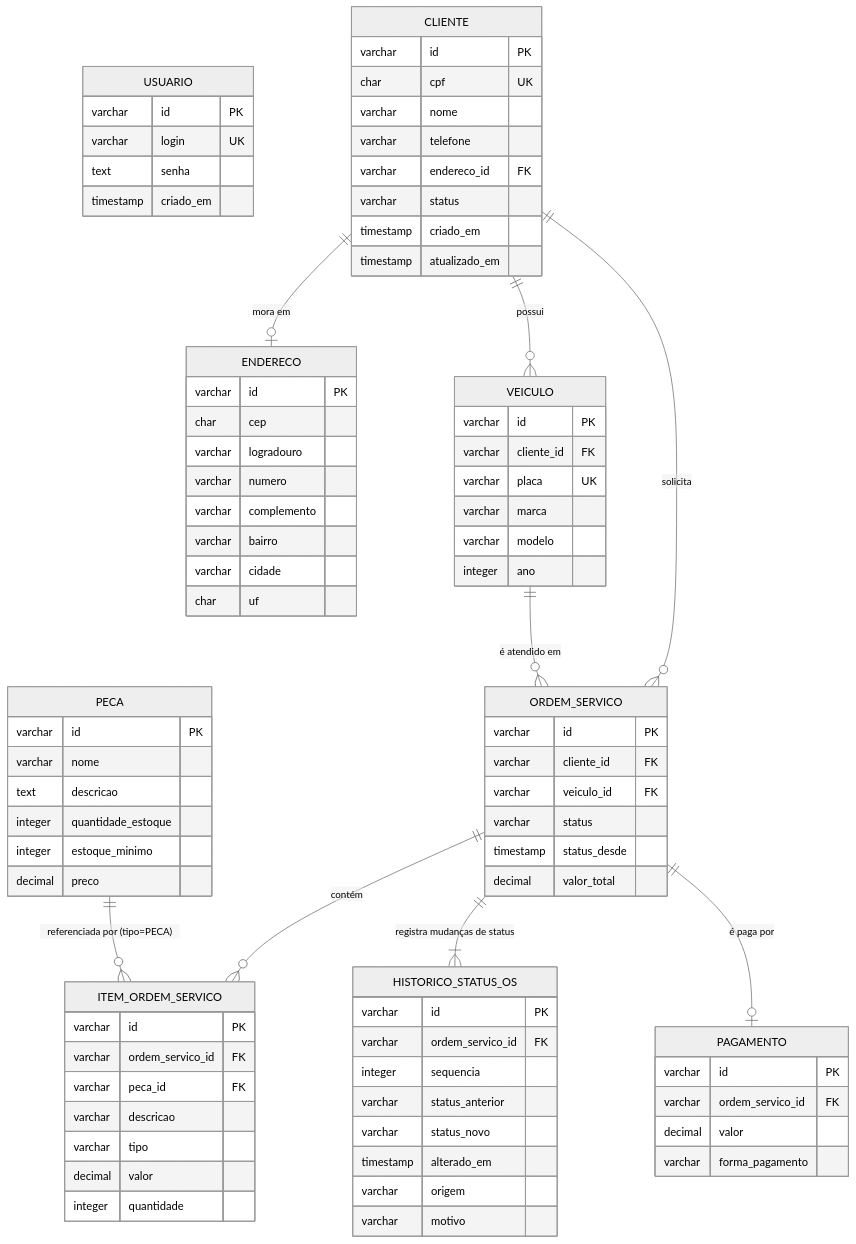
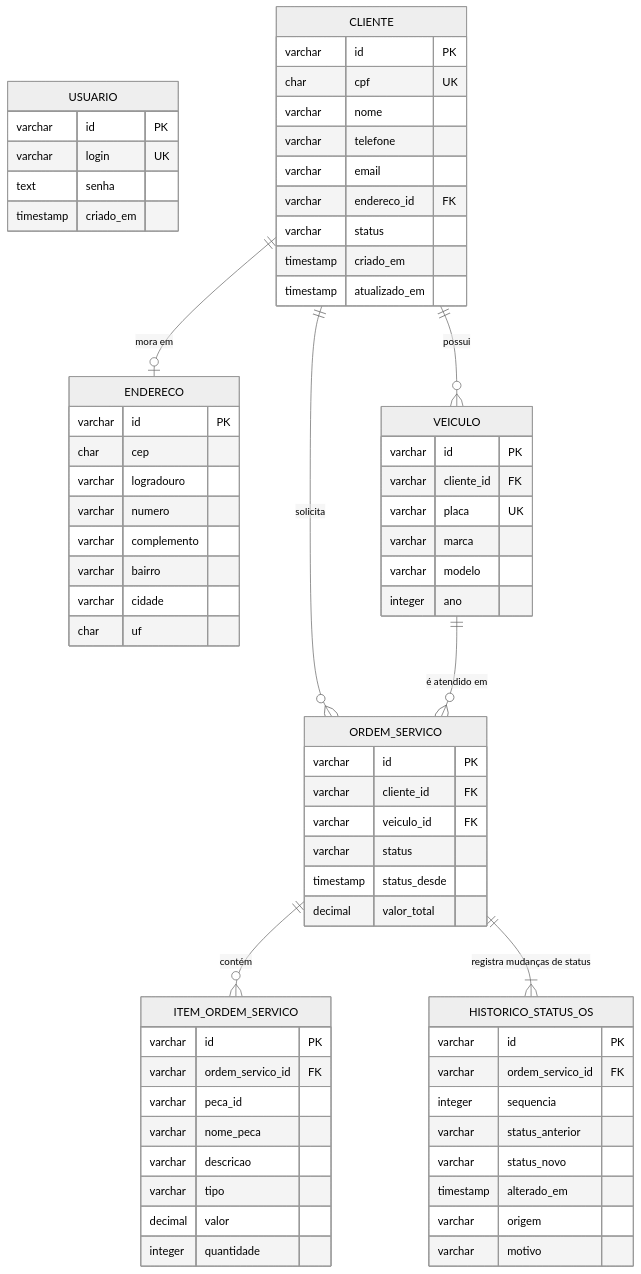
One commit to gabrielivo01/Oficina changed the diagram in documentacao/modelo_de_dados.md. Above: the diagram before and after it, drawn with Mermaid (neutral theme). The commit also changed other lines of this file and 121 other files, not shown here.

````diff
--- a/documentacao/modelo_de_dados.md
+++ b/documentacao/modelo_de_dados.md
@@ -148,6 +131,7 @@
         char cpf UK
         varchar nome
         varchar telefone
+        varchar email
         varchar endereco_id FK
         varchar status
         timestamp criado_em
@@ -171,14 +155,6 @@
         varchar modelo
         integer ano
     }
-    PECA {
-        varchar id PK
-        varchar nome
-        text descricao
-        integer quantidade_estoque
-        integer estoque_minimo
-        decimal preco
-    }
     ORDEM_SERVICO {
         varchar id PK
         varchar cliente_id FK
@@ -200,25 +176,17 @@
     ITEM_ORDEM_SERVICO {
         varchar id PK
         varchar ordem_servico_id FK
-        varchar peca_id FK
+        varchar peca_id
+        varchar nome_peca
         varchar descricao
         varchar tipo
         decimal valor
         integer quantidade
     }
-    PAGAMENTO {
-        varchar id PK
-        varchar ordem_servico_id FK
-        decimal valor
-        varchar forma_pagamento
-    }
-
     CLIENTE ||--o| ENDERECO : "mora em"
     CLIENTE ||--o{ VEICULO : "possui"
     CLIENTE ||--o{ ORDEM_SERVICO : "solicita"
     VEICULO ||--o{ ORDEM_SERVICO : "é atendido em"
     ORDEM_SERVICO ||--o{ ITEM_ORDEM_SERVICO : "contém"
     ORDEM_SERVICO ||--|{ HISTORICO_STATUS_OS : "registra mudanças de status"
-    PECA ||--o{ ITEM_ORDEM_SERVICO : "referenciada por (tipo=PECA)"
-    ORDEM_SERVICO ||--o| PAGAMENTO : "é paga por"
 ```
````
